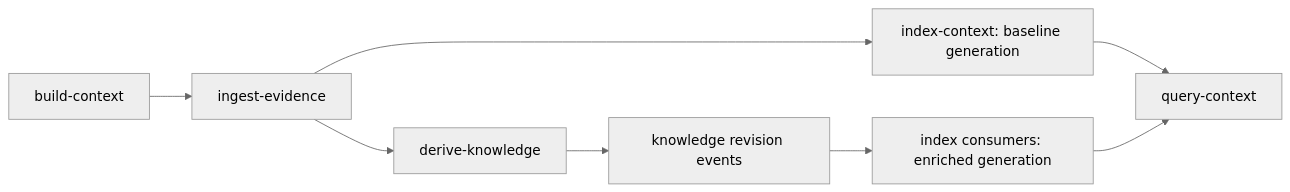
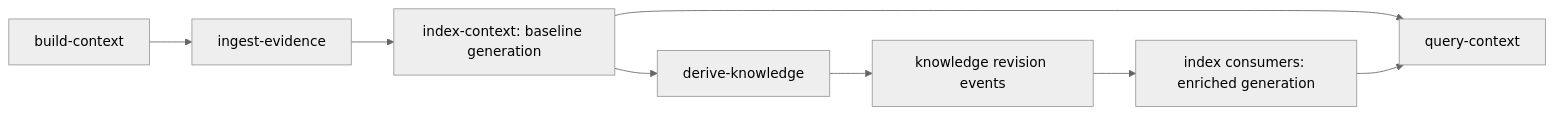
The diagram in docs/CONTEXT_ENGINE_IMPLEMENTATION_PLAN.md (keon/jina-context-wiki-e2e-20260808), drawn with Mermaid (neutral theme) before and after one commit. The commit also changed other lines of this file and 43 other files, not shown here.

````diff
--- a/docs/CONTEXT_ENGINE_IMPLEMENTATION_PLAN.md
+++ b/docs/CONTEXT_ENGINE_IMPLEMENTATION_PLAN.md
@@ -155,10 +161,10 @@
 ```mermaid
 flowchart LR
   A["build-context"] --> B["ingest-evidence"]
-  B --> C["derive-knowledge"]
   B --> D["index-context: baseline generation"]
+  D --> C["derive-knowledge"]
   C --> E["knowledge revision events"]
   E --> F["index consumers: enriched generation"]
   D --> G["query-context"]
   F --> G
 ```
````
